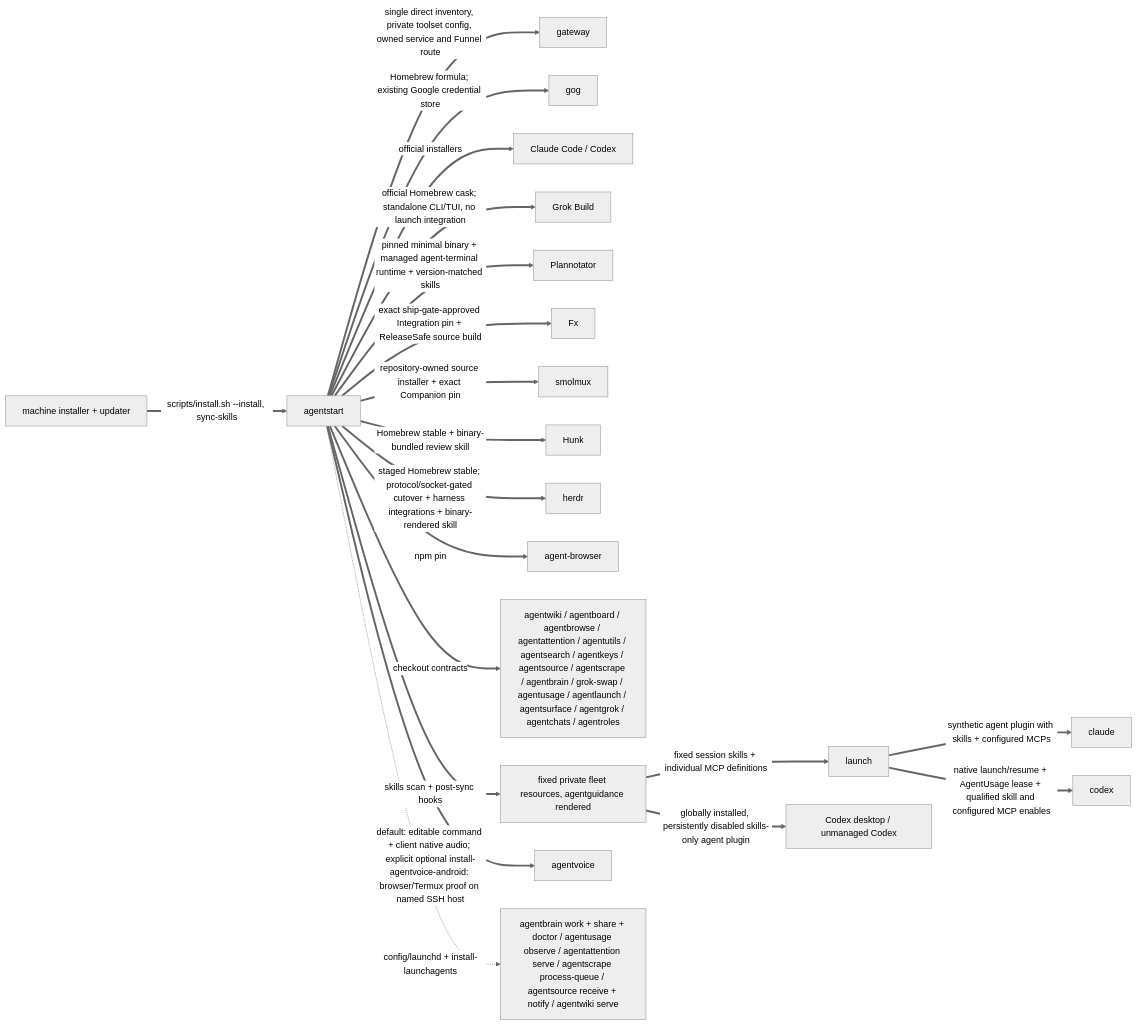
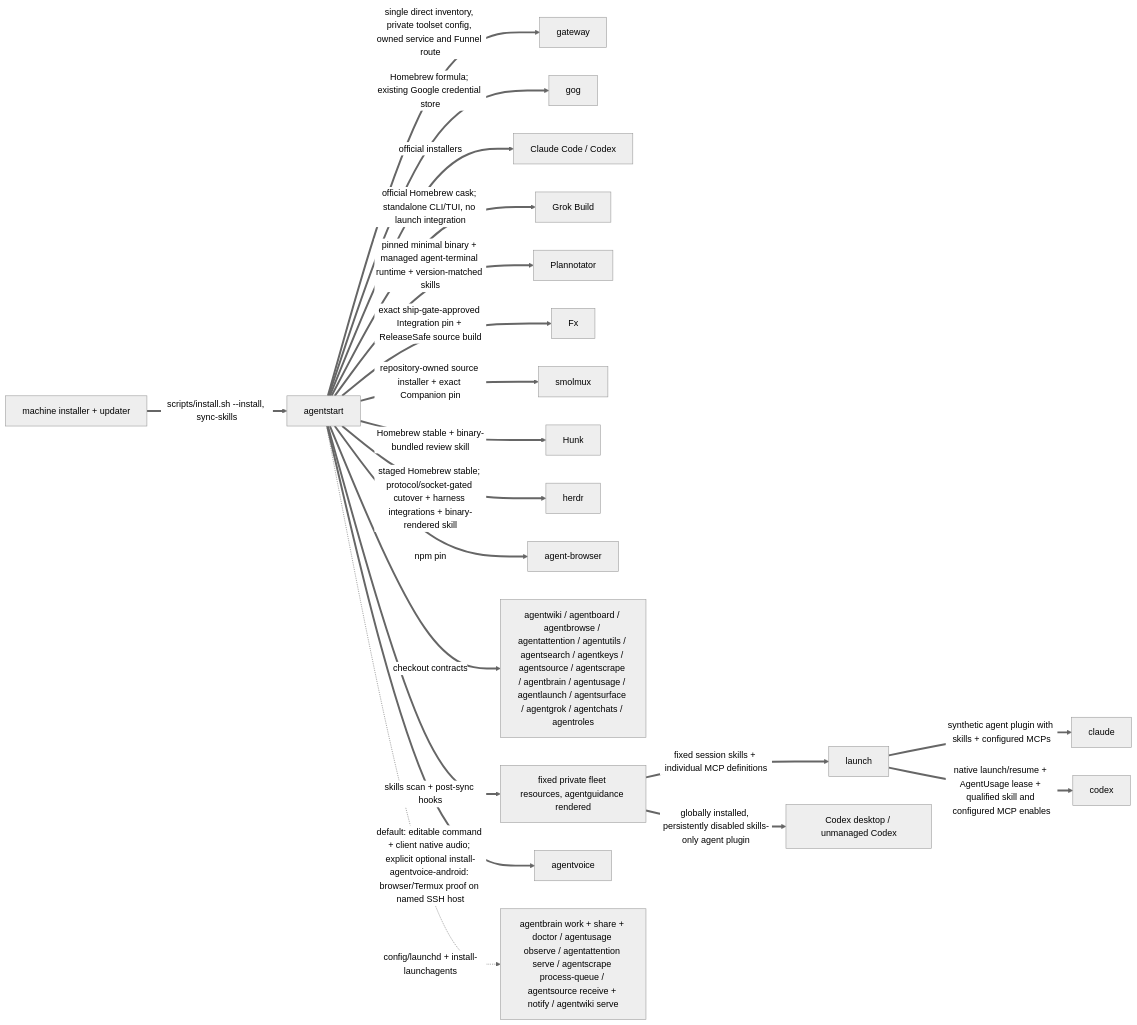
Before and after one commit to possibilities/agentstart: the second of 3 diagrams in skills/fleet/MAP.md, drawn with Mermaid (neutral theme). The commit also changed other lines of this file and 5 other files, not shown here.

Commit message:
Retire Grok swap dependency and archived fleet edges

````diff
--- a/skills/fleet/MAP.md
+++ b/skills/fleet/MAP.md
@@ -105,25 +101,25 @@
 ```mermaid
 flowchart LR
     machine[machine installer + updater]
     start[agentstart]
 
     machine ==>|scripts/install.sh --install, sync-skills| start
     start ==>|single direct inventory, private toolset config, owned service and Funnel route| gateway
     start ==>|Homebrew formula; existing Google credential store| gog
     start ==>|official installers| harnesses[Claude Code / Codex]
     start ==>|official Homebrew cask; standalone CLI/TUI, no launch integration| grok[Grok Build]
     start ==>|pinned minimal binary + managed agent-terminal runtime + version-matched skills| plannotator[Plannotator]
     start ==>|exact ship-gate-approved Integration pin + ReleaseSafe source build| fx[Fx]
     start ==>|repository-owned source installer + exact Companion pin| smolmuxInstall[smolmux]
     start ==>|Homebrew stable + binary-bundled review skill| hunk[Hunk]
     start ==>|staged Homebrew stable; protocol/socket-gated cutover + harness integrations + binary-rendered skill| herdrInstall[herdr]
     start ==>|npm pin| browser[agent-browser]
-    start ==>|checkout contracts| fleet[agentwiki / agentboard / agentbrowse / agentattention / agentutils / agentsearch / agentkeys / agentsource / agentscrape / agentbrain / grok-swap / agentusage / agentlaunch / agentsurface / agentgrok / agentchats / agentroles]
+    start ==>|checkout contracts| fleet[agentwiki / agentboard / agentbrowse / agentattention / agentutils / agentsearch / agentkeys / agentsource / agentscrape / agentbrain / agentusage / agentlaunch / agentsurface / agentgrok / agentchats / agentroles]
     start ==>|skills scan + post-sync hooks| skills[fixed private fleet resources, agentguidance rendered]
     start ==>|default: editable command + client native audio; explicit optional install-agentvoice-android: browser/Termux proof on named SSH host| voiceInstall[agentvoice]
     skills ==>|fixed session skills + individual MCP definitions| launch
     launch ==>|synthetic agent plugin with skills + configured MCPs| claude
     launch ==>|native launch/resume + AgentUsage lease + qualified skill and configured MCP enables| codex
     skills ==>|globally installed, persistently disabled skills-only agent plugin| codexDesktop[Codex desktop / unmanaged Codex]
     start -.->|config/launchd + install-launchagents| services[agentbrain work + share + doctor / agentusage observe / agentattention serve / agentscrape process-queue / agentsource receive + notify / agentwiki serve]
 ```
````
